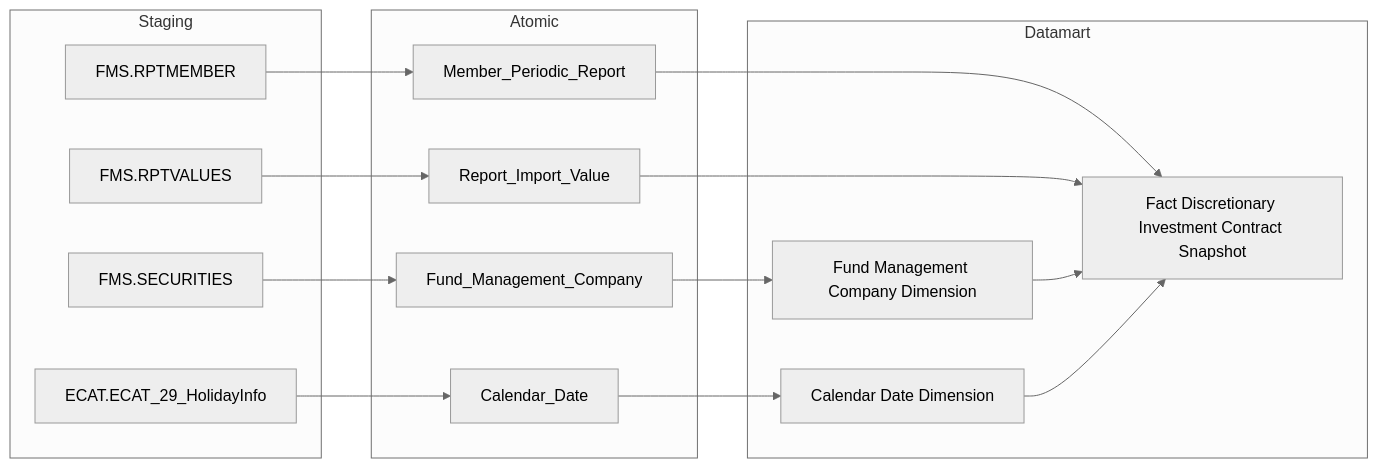
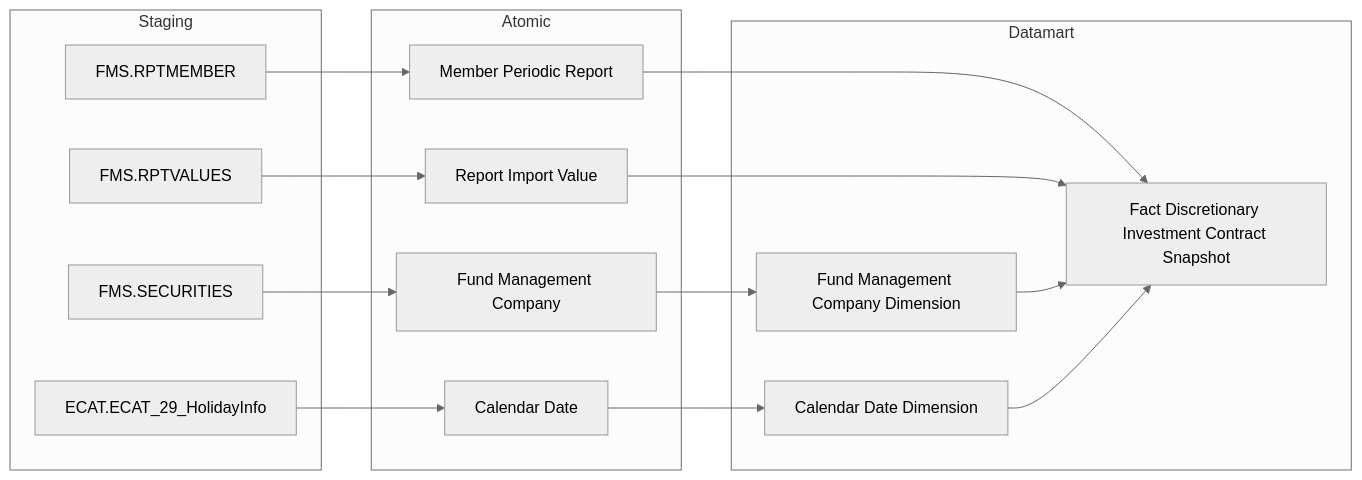
Before and after one commit to linhlvit/ubck_atomic_design: the second of 11 diagrams in docs/output/datamart/FMS/DTM_FMS_PTTK.md, drawn with Mermaid (neutral theme). The commit also changed other lines of this file and 34 other files, not shown here.

````diff
--- a/docs/output/datamart/FMS/DTM_FMS_PTTK.md
+++ b/docs/output/datamart/FMS/DTM_FMS_PTTK.md
@@ -74,30 +81,35 @@
 ```mermaid
 flowchart LR
-  subgraph Staging
-    FMS_RPTMEMBER["FMS.RPTMEMBER"]
-    FMS_RPTVALUES["FMS.RPTVALUES"]
-    FMS_SECURITIES["FMS.SECURITIES"]
-    ECAT_ECAT_29_HolidayInfo["ECAT.ECAT_29_HolidayInfo"]
-  end
-  subgraph Atomic
-    Member_Periodic_Report
-    Report_Import_Value
-    Fund_Management_Company
-    Calendar_Date
-  end
-  subgraph Datamart
-    fct_dscr_ivsm_ctr_snpst["Fact Discretionary Investment Contract Snapshot"]
-    fnd_mgt_co_dim["Fund Management Company Dimension"]
-    cdr_dt_dim["Calendar Date Dimension"]
-  end
-  FMS_RPTMEMBER --> Member_Periodic_Report
-  FMS_RPTVALUES --> Report_Import_Value
-  FMS_SECURITIES --> Fund_Management_Company
-  ECAT_ECAT_29_HolidayInfo --> Calendar_Date
-  Member_Periodic_Report --> fct_dscr_ivsm_ctr_snpst
-  Report_Import_Value --> fct_dscr_ivsm_ctr_snpst
-  Fund_Management_Company --> fnd_mgt_co_dim
-  Calendar_Date --> cdr_dt_dim
-  fnd_mgt_co_dim --> fct_dscr_ivsm_ctr_snpst
-  cdr_dt_dim --> fct_dscr_ivsm_ctr_snpst
+    subgraph Staging
+        S1["FMS.RPTMEMBER"]
+        S2["FMS.RPTVALUES"]
+        S3["FMS.SECURITIES"]
+        SE1["ECAT.ECAT_29_HolidayInfo"]
+    end
+
+    subgraph Atomic
+        SV1["Member Periodic Report"]
+        SV2["Report Import Value"]
+        SV3["Fund Management Company"]
+        SV4["Calendar Date"]
+    end
+
+    subgraph Datamart
+        G1["Fact Discretionary Investment Contract Snapshot"]
+        G2["Fund Management Company Dimension"]
+        G3["Calendar Date Dimension"]
+    end
+
+    S1 --> SV1
+    S2 --> SV2
+    S3 --> SV3
+    SE1 --> SV4
+
+    SV1 --> G1
+    SV2 --> G1
+    SV3 --> G2
+    SV4 --> G3
+
+    G2 --> G1
+    G3 --> G1
 ```
````
